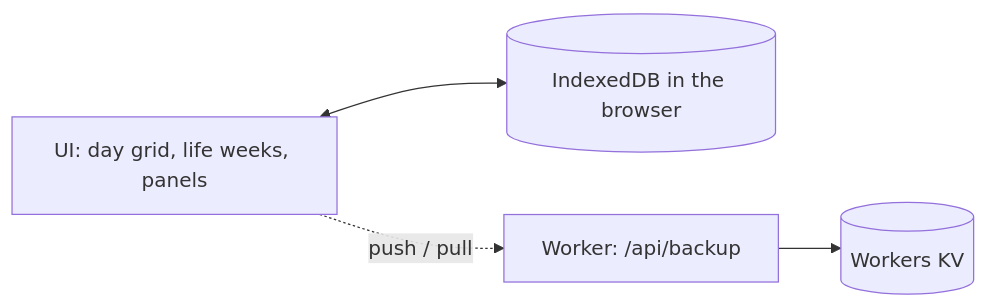
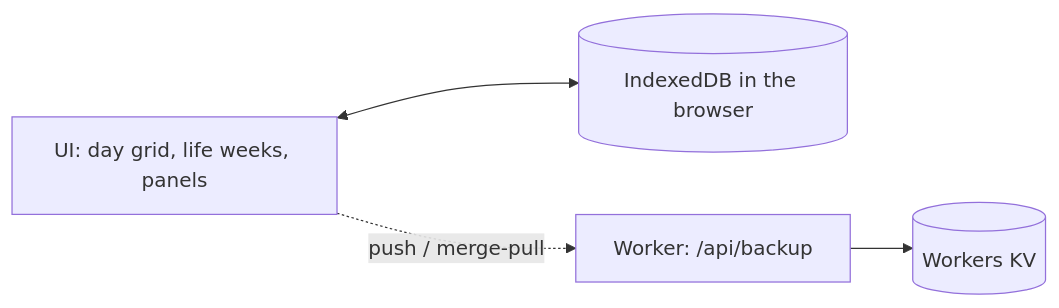
One commit to leekaize/ichido changed the diagram in ARCHITECTURE.md. Above: the diagram before and after it, drawn with Mermaid. The commit also changed other lines of this file and 8 other files, not shown here.

First line of the commit message:
feat(sync): auto pull/push so devices stay in step

````diff
--- a/ARCHITECTURE.md
+++ b/ARCHITECTURE.md
@@ -9,6 +9,6 @@
 ```mermaid
 flowchart LR
     UI[UI: day grid, life weeks, panels] <--> DB[(IndexedDB in the browser)]
-    UI -. push / pull .-> API[Worker: /api/backup]
+    UI -. push / merge-pull .-> API[Worker: /api/backup]
     API --> KV[(Workers KV)]
 ```
````
